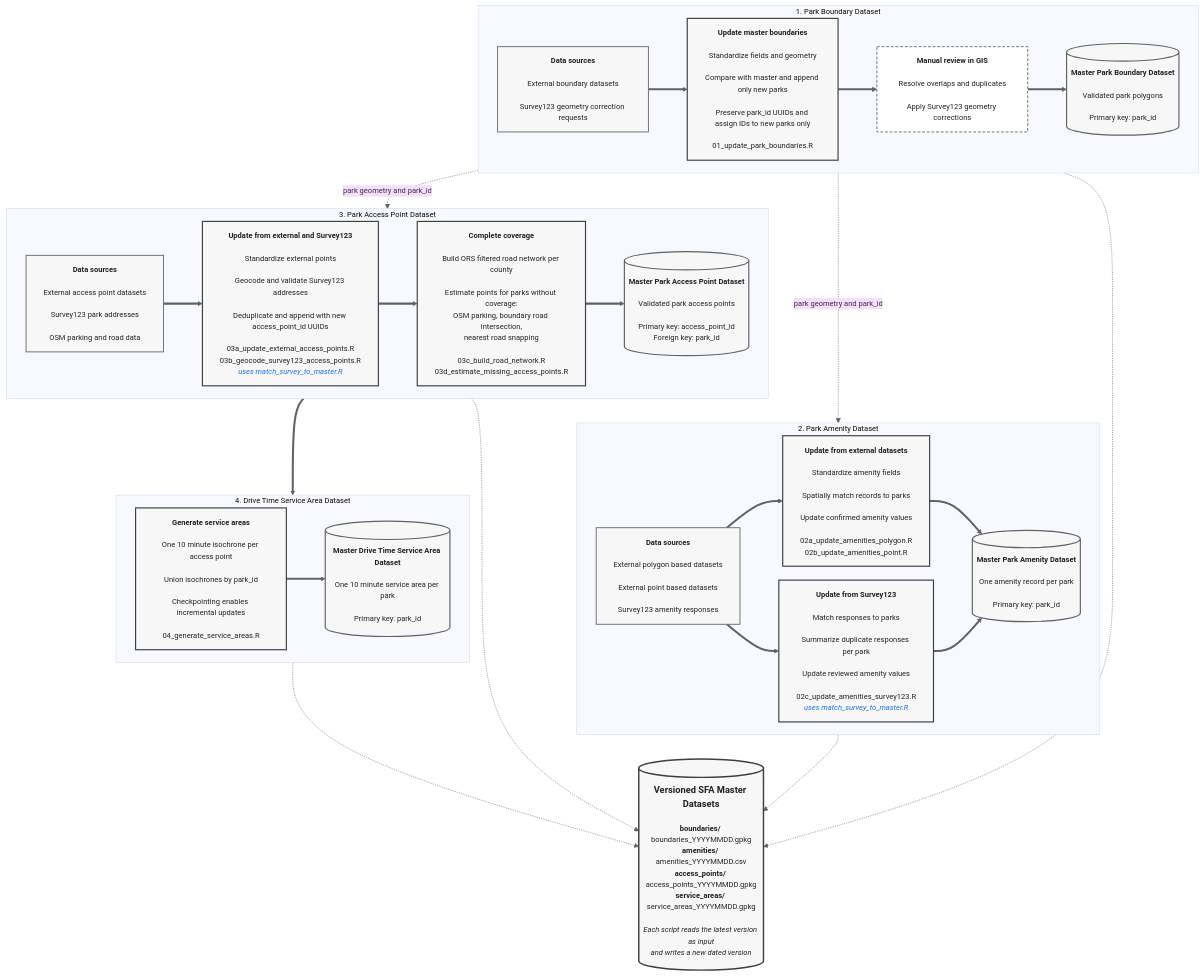
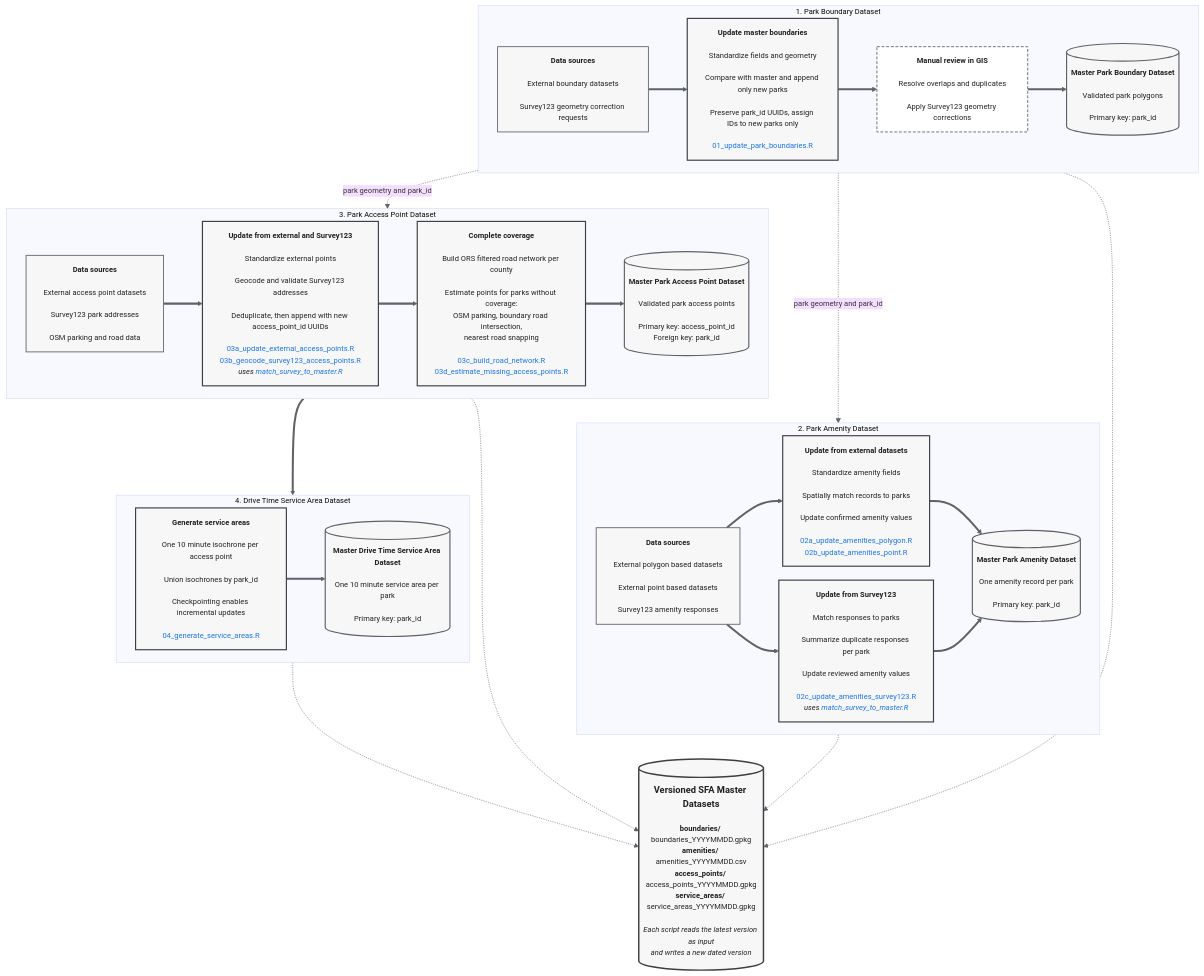
The diagram in README.md (youngjaewon/strive-for-access), drawn with Mermaid before and after one commit.

Commit message:
Fix HTML formatting in README.md

````diff
--- a/README.md
+++ b/README.md
@@ -140,85 +140,85 @@
 ---
 flowchart TB
 
- subgraph BOUNDARY["1. Park Boundary Dataset"]
+subgraph BOUNDARY["1. Park Boundary Dataset"]
     direction LR
 
     B1["<b>Data sources</b><br><br>External boundary datasets<br><br>Survey123 geometry correction requests"]
 
-    B2["<b>Update master boundaries</b><br><br>Standardize fields and geometry<br><br>Compare with master and append only new parks<br><br>Preserve park_id UUIDs and assign IDs to new parks only<br><br><span style='color:#1A73E8'>01_update_park_boundaries.R</span>"]
+    B2["<b>Update master boundaries</b><br><br>Standardize fields and geometry<br><br>Compare with master and append only new parks<br><br>Preserve park_id UUIDs, assign IDs to new parks only<br><br><font color='#1A73E8'>01_update_park_boundaries.R</font>"]
 
     B3["<b>Manual review in GIS</b><br><br>Resolve overlaps and duplicates<br><br>Apply Survey123 geometry corrections"]
 
     B4[("<b>Master Park Boundary Dataset</b><br><br>Validated park polygons<br><br>Primary key: park_id")]
- end
+end
 
- subgraph AMENITY["2. Park Amenity Dataset"]
+subgraph AMENITY["2. Park Amenity Dataset"]
     direction LR
 
     A1["<b>Data sources</b><br><br>External polygon based datasets<br><br>External point based datasets<br><br>Survey123 amenity responses"]
 
-    A2["<b>Update from external datasets</b><br><br>Standardize amenity fields<br><br>Spatially match records to parks<br><br>Update confirmed amenity values<br><br><span style='color:#1A73E8'>02a_update_amenities_polygon.R</span><br><span style='color:#1A73E8'>02b_update_amenities_point.R</span>"]
+    A2["<b>Update from external datasets</b><br><br>Standardize amenity fields<br><br>Spatially match records to parks<br><br>Update confirmed amenity values<br><br><font color='#1A73E8'>02a_update_amenities_polygon.R</font><br><font color='#1A73E8'>02b_update_amenities_point.R</font>"]
 
-    A3["<b>Update from Survey123</b><br><br>Match responses to parks<br><br>Summarize duplicate responses per park<br><br>Update reviewed amenity values<br><br><span style='color:#1A73E8'>02c_update_amenities_survey123.R</span><br><i style='color:#1A73E8'>uses match_survey_to_master.R</i>"]
+    A3["<b>Update from Survey123</b><br><br>Match responses to parks<br><br>Summarize duplicate responses per park<br><br>Update reviewed amenity values<br><br><font color='#1A73E8'>02c_update_amenities_survey123.R</font><br><i>uses <font color='#1A73E8'>match_survey_to_master.R</font></i>"]
 
     A4[("<b>Master Park Amenity Dataset</b><br><br>One amenity record per park<br><br>Primary key: park_id")]
- end
+end
 
- subgraph ACCESS["3. Park Access Point Dataset"]
+subgraph ACCESS["3. Park Access Point Dataset"]
     direction LR
 
     P1["<b>Data sources</b><br><br>External access point datasets<br><br>Survey123 park addresses<br><br>OSM parking and road data"]
 
-    P2["<b>Update from external and Survey123</b><br><br>Standardize external points<br><br>Geocode and validate Survey123 addresses<br><br>Deduplicate and append with new access_point_id UUIDs<br><br><span style='color:#1A73E8'>03a_update_external_access_points.R</span><br><span style='color:#1A73E8'>03b_geocode_survey123_access_points.R</span><br><i style='color:#1A73E8'>uses match_survey_to_master.R</i>"]
+    P2["<b>Update from external and Survey123</b><br><br>Standardize external points<br><br>Geocode and validate Survey123 addresses<br><br>Deduplicate, then append with new access_point_id UUIDs<br><br><font color='#1A73E8'>03a_update_external_access_points.R</font><br><font color='#1A73E8'>03b_geocode_survey123_access_points.R</font><br><i>uses <font color='#1A73E8'>match_survey_to_master.R</font></i>"]
 
-    P3["<b>Complete coverage</b><br><br>Build ORS filtered road network per county<br><br>Estimate points for parks without coverage:<br>OSM parking, boundary road intersection,<br>nearest road snapping<br><br><span style='color:#1A73E8'>03c_build_road_network.R</span><br><span style='color:#1A73E8'>03d_estimate_missing_access_points.R</span>"]
+    P3["<b>Complete coverage</b><br><br>Build ORS filtered road network per county<br><br>Estimate points for parks without coverage:<br>OSM parking, boundary road intersection,<br>nearest road snapping<br><br><font color='#1A73E8'>03c_build_road_network.R</font><br><font color='#1A73E8'>03d_estimate_missing_access_points.R</font>"]
 
     P5[("<b>Master Park Access Point Dataset</b><br><br>Validated park access points<br><br>Primary key: access_point_id<br>Foreign key: park_id")]
- end
+end
 
- subgraph SERVICE["4. Drive Time Service Area Dataset"]
+subgraph SERVICE["4. Drive Time Service Area Dataset"]
     direction LR
 
-    T1["<b>Generate service areas</b><br><br>One 10 minute isochrone per access point<br><br>Union isochrones by park_id<br><br>Checkpointing enables incremental updates<br><br><span style='color:#1A73E8'>04_generate_service_areas.R</span>"]
+    T1["<b>Generate service areas</b><br><br>One 10 minute isochrone per access point<br><br>Union isochrones by park_id<br><br>Checkpointing enables incremental updates<br><br><font color='#1A73E8'>04_generate_service_areas.R</font>"]
 
     T3[("<b>Master Drive Time Service Area Dataset</b><br><br>One 10 minute service area per park<br><br>Primary key: park_id")]
- end
+end
 
- M[("<b style='font-size:16px'>Versioned SFA Master Datasets</b><br><br><b>boundaries/</b> boundaries_YYYYMMDD.gpkg<br><b>amenities/</b> amenities_YYYYMMDD.csv<br><b>access_points/</b> access_points_YYYYMMDD.gpkg<br><b>service_areas/</b> service_areas_YYYYMMDD.gpkg<br><br><i>Each script reads the latest version as input<br>and writes a new dated version</i>")]
+M[("<b style='font-size:16px'>Versioned SFA Master Datasets</b><br><br><b>boundaries/</b> boundaries_YYYYMMDD.gpkg<br><b>amenities/</b> amenities_YYYYMMDD.csv<br><b>access_points/</b> access_points_YYYYMMDD.gpkg<br><b>service_areas/</b> service_areas_YYYYMMDD.gpkg<br><br><i>Each script reads the latest version as input<br>and writes a new dated version</i>")]
 
- B1 ==> B2
- B2 ==> B3
- B3 ==> B4
+B1 ==> B2
+B2 ==> B3
+B3 ==> B4
 
- A1 ==> A2
- A1 ==> A3
- A2 ==> A4
- A3 ==> A4
+A1 ==> A2
+A1 ==> A3
+A2 ==> A4
+A3 ==> A4
 
- P1 ==> P2
- P2 ==> P3
- P3 ==> P5
+P1 ==> P2
+P2 ==> P3
+P3 ==> P5
 
- P5 ==> T1
- T1 ==> T3
+P5 ==> T1
+T1 ==> T3
 
- B4 -. park geometry and park_id .-> A1
- B4 -. park geometry and park_id .-> P1
+B4 -. park geometry and park_id .-> A1
+B4 -. park geometry and park_id .-> P1
 
- B4 -.-> M
- A4 -.-> M
- P5 -.-> M
- T3 -.-> M
+B4 -.-> M
+A4 -.-> M
+P5 -.-> M
+T3 -.-> M
 
- class B1,A1,P1 standard
- class B2,A2,A3,P2,P3,T1 script
- class B3 manual
- class B4,A4,P5,T3 output
- class M master
+class B1,A1,P1 standard
+class B2,A2,A3,P2,P3,T1 script
+class B3 manual
+class B4,A4,P5,T3 output
+class M master
 
- classDef standard fill:#F7F7F7,stroke:#5F6368,stroke-width:1.5px,color:#202124
- classDef script fill:#F7F7F7,stroke:#3C4043,stroke-width:2px,color:#202124
- classDef manual fill:#FFFFFF,stroke:#5F6368,stroke-width:1.5px,stroke-dasharray:5 3,color:#202124
- classDef output fill:#F7F7F7,stroke:#5F6368,stroke-width:2px,color:#202124
- classDef master fill:#F7F7F7,stroke:#3C4043,stroke-width:2.5px,color:#202124
+classDef standard fill:#F7F7F7,stroke:#5F6368,stroke-width:1.5px,color:#202124
+classDef script fill:#F7F7F7,stroke:#3C4043,stroke-width:2px,color:#202124
+classDef manual fill:#FFFFFF,stroke:#5F6368,stroke-width:1.5px,stroke-dasharray:5 3,color:#202124
+classDef output fill:#F7F7F7,stroke:#5F6368,stroke-width:2px,color:#202124
+classDef master fill:#F7F7F7,stroke:#3C4043,stroke-width:2.5px,color:#202124
 ```
````
